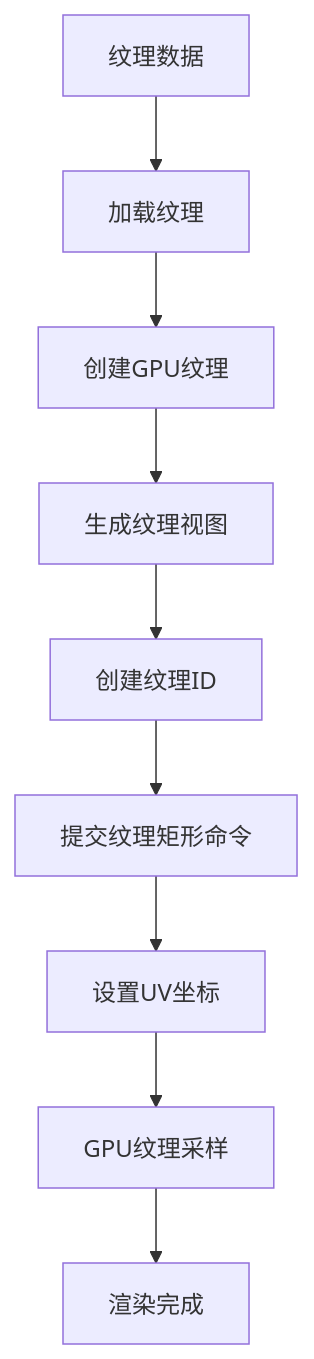
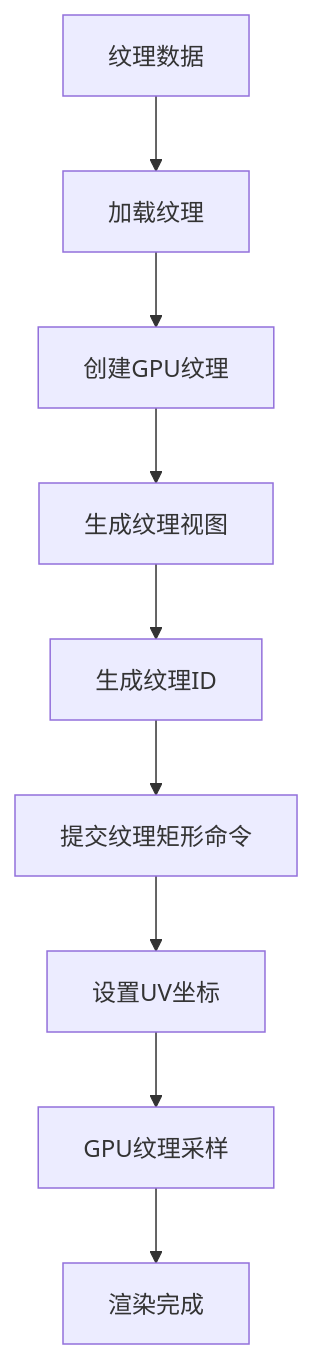
One commit to itszzl-sudo/iris changed diagram 12 of 44 in .qoder/repowiki/zh/content/技术架构详解/WebGPU渲染引擎/WebGPU渲染引擎.md. Above: the diagram before and after it, drawn with Mermaid. The commit also changed other lines of this file and 4 other files, not shown here.

````diff
--- a/.qoder/repowiki/zh/content/技术架构详解/WebGPU渲染引擎/WebGPU渲染引擎.md
+++ b/.qoder/repowiki/zh/content/技术架构详解/WebGPU渲染引擎/WebGPU渲染引擎.md
@@ -394,11 +472,11 @@
 ```mermaid
 flowchart TD
 A[纹理数据] --> B[加载纹理]
 B --> C[创建GPU纹理]
 C --> D[生成纹理视图]
-D --> E[创建纹理ID]
+D --> E[生成纹理ID]
 E --> F[提交纹理矩形命令]
 F --> G[设置UV坐标]
 G --> H[GPU纹理采样]
 H --> I[渲染完成]
 ```
````
